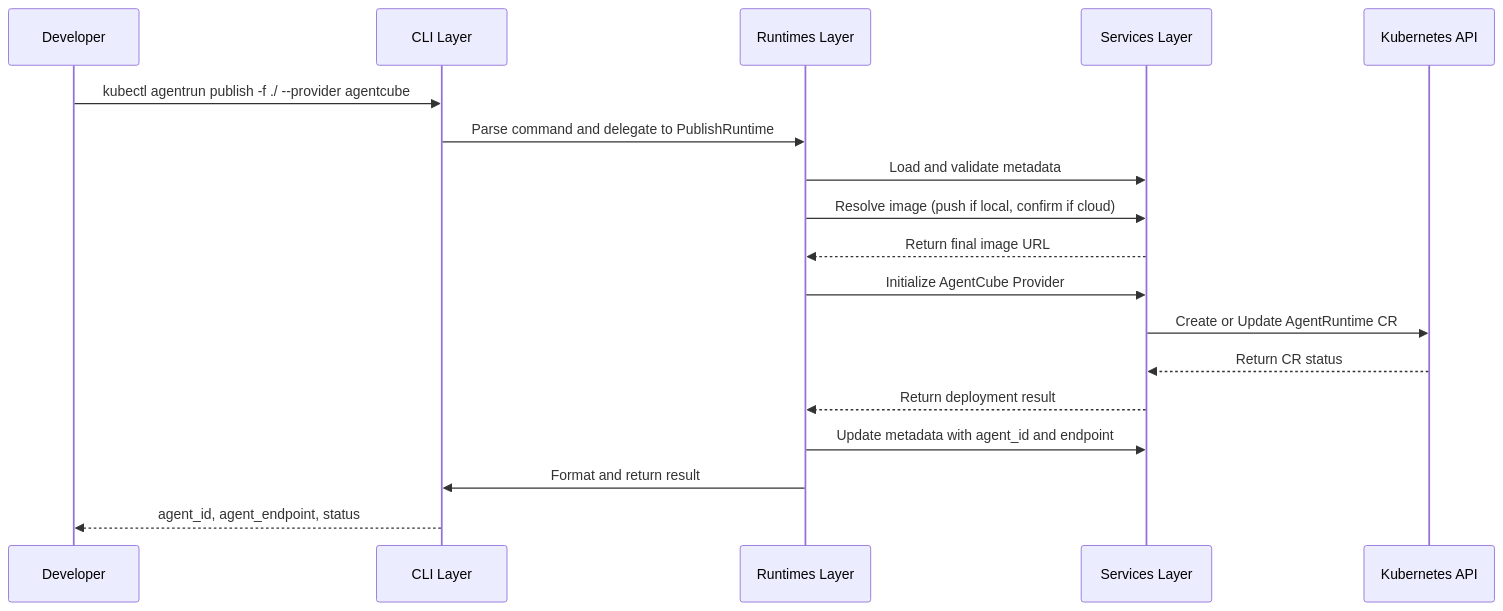
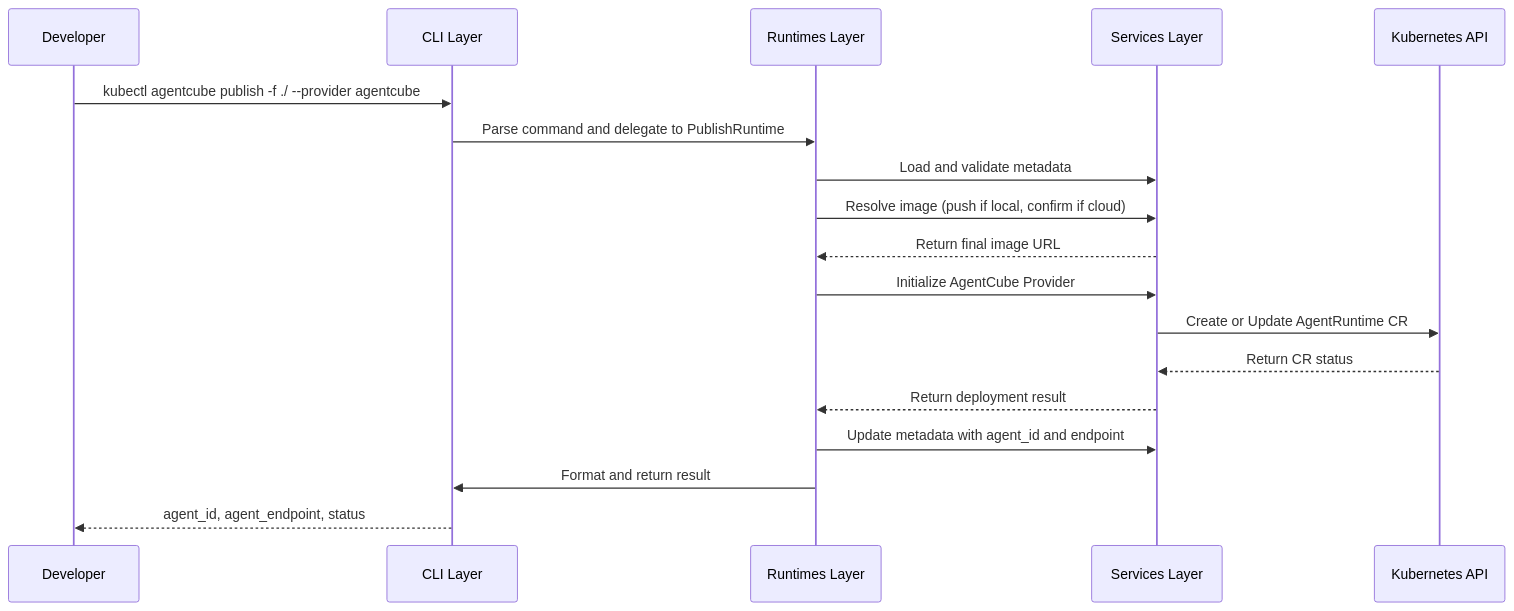
The second of 2 diagrams in docs/design/AgentRun-CLI-Design.md (volcano-sh/agentcube), drawn with Mermaid before and after one commit. The commit also changed other lines of this file, not shown here.

Commit message:
Rename agentrun cli to agentcube cli.

````diff
--- a/docs/design/AgentRun-CLI-Design.md
+++ b/docs/design/AgentRun-CLI-Design.md
@@ -472,22 +472,22 @@
 ```mermaid
 sequenceDiagram
   participant Developer
   participant CLI Layer
   participant PublishRuntime as Runtimes Layer
   participant Services Layer
   participant K8sAPI as Kubernetes API
 
-  Developer->>CLI Layer: kubectl agentrun publish -f ./ --provider agentcube
+  Developer->>CLI Layer: kubectl agentcube publish -f ./ --provider agentcube
   CLI Layer->>PublishRuntime: Parse command and delegate to PublishRuntime
   PublishRuntime->>Services Layer: Load and validate metadata
   PublishRuntime->>Services Layer: Resolve image (push if local, confirm if cloud)
   Services Layer-->>PublishRuntime: Return final image URL
   PublishRuntime->>Services Layer: Initialize AgentCube Provider
   Services Layer->>K8sAPI: Create or Update AgentRuntime CR
   K8sAPI-->>Services Layer: Return CR status
   Services Layer-->>PublishRuntime: Return deployment result
   PublishRuntime->>Services Layer: Update metadata with agent_id and endpoint
   PublishRuntime->>CLI Layer: Format and return result
   CLI Layer-->>Developer: agent_id, agent_endpoint, status
 
 ```
````
